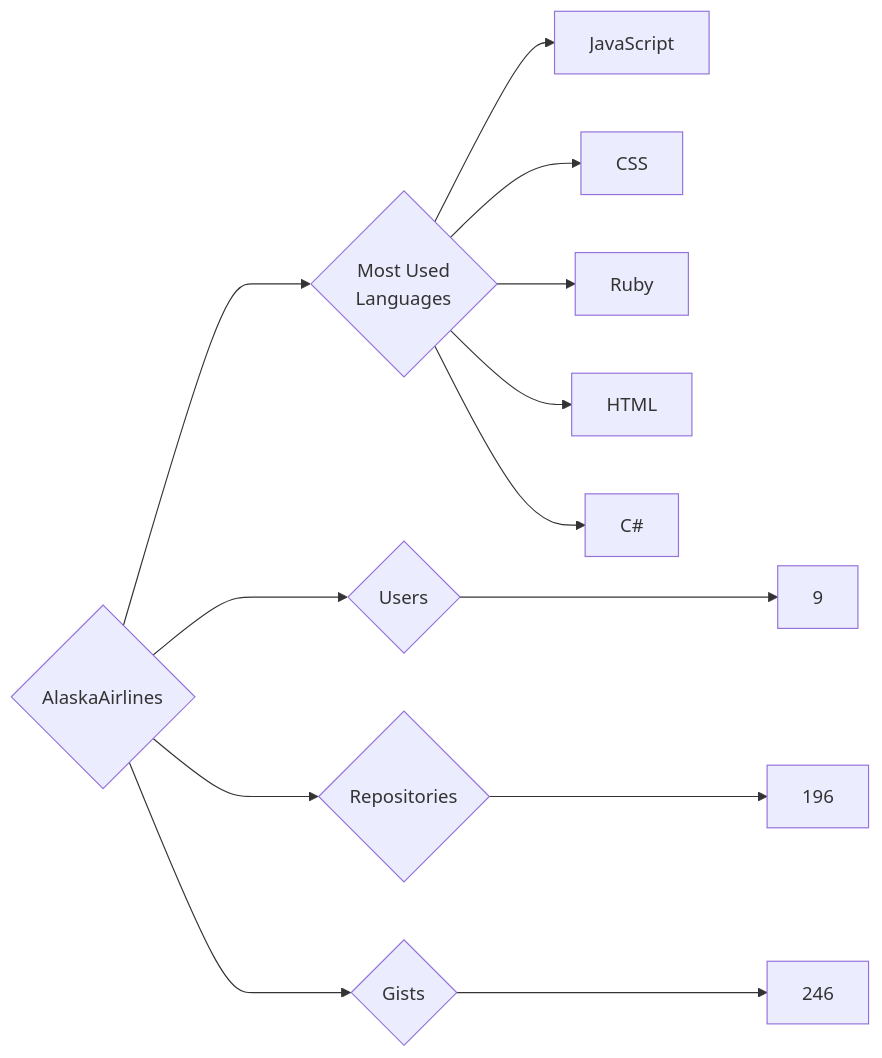
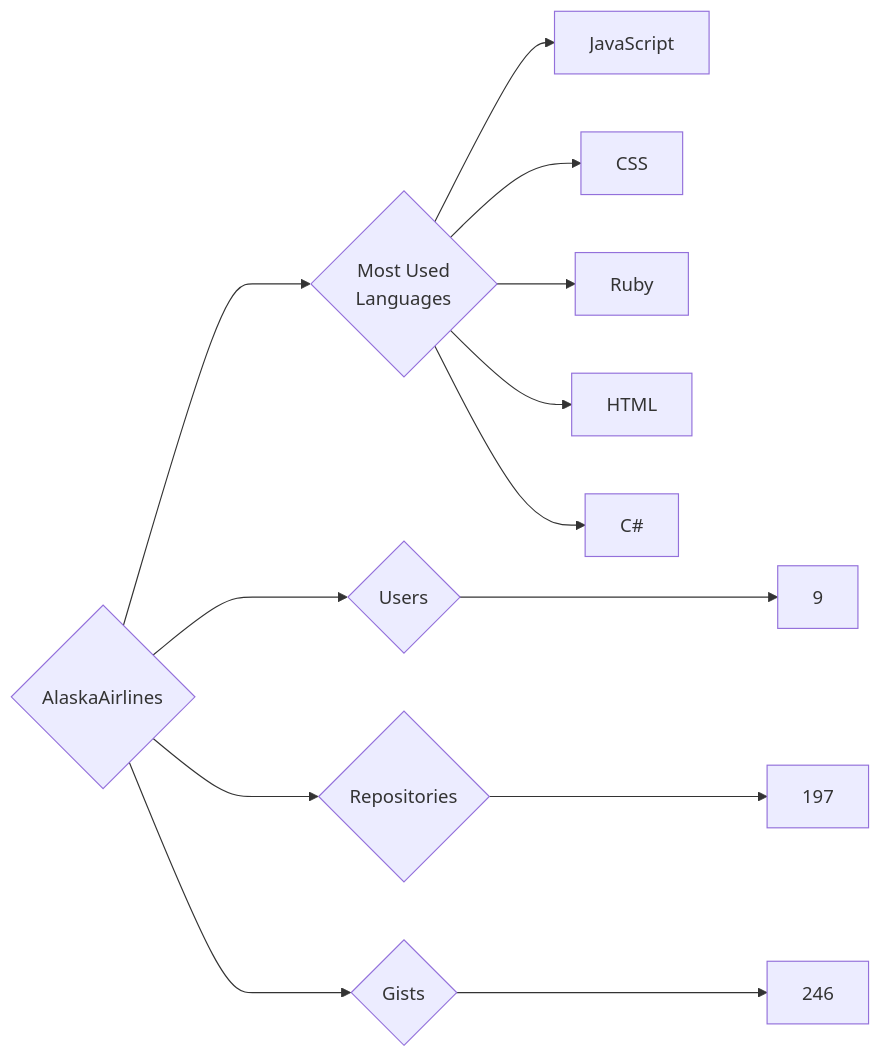
Before and after one commit to trickest/insiders: the diagram in targets/AlaskaAirlines/README.md, drawn with Mermaid. The commit also changed 681 other files, not shown here.

````diff
--- a/targets/AlaskaAirlines/README.md
+++ b/targets/AlaskaAirlines/README.md
@@ -3,13 +3,13 @@
 ```mermaid
 graph LR
 COMPANY_NAME{AlaskaAirlines}
 COMPANY_NAME ---> U{Users} ---> UN[9]
-COMPANY_NAME ---> R{Repositories} ---> RN[196]
+COMPANY_NAME ---> R{Repositories} ---> RN[197]
 COMPANY_NAME ---> G{Gists} ---> GN[246]
 COMPANY_NAME ---> ML{Most Used<br>Languages}
 ML --> JavaScript[JavaScript]
 ML --> CSS[CSS]
 ML --> Ruby[Ruby]
 ML --> HTML[HTML]
 ML --> C#[C#]
 ```
````
